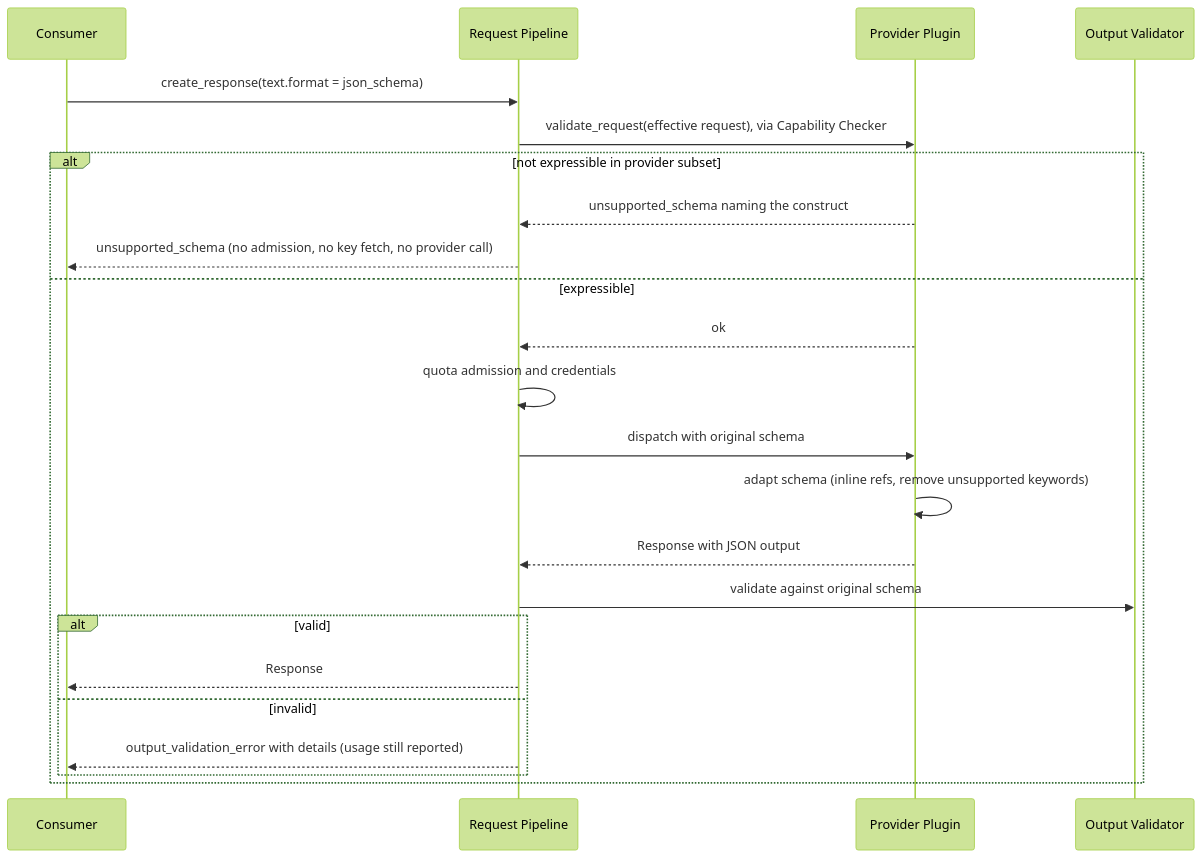
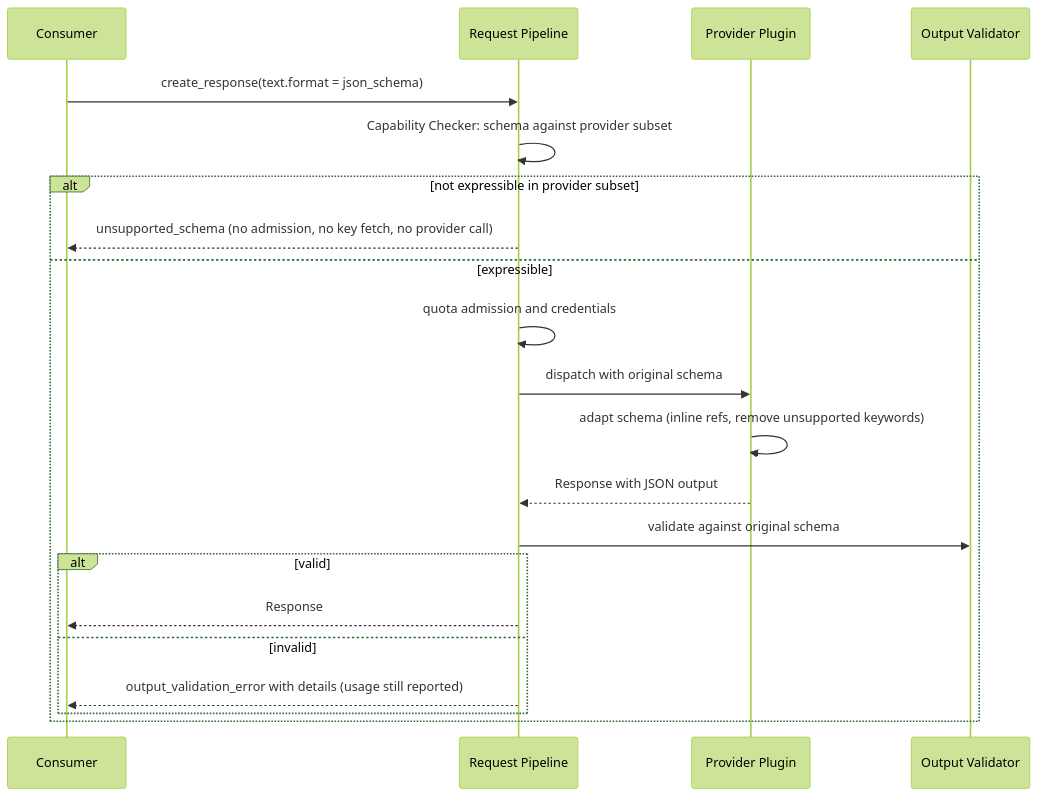
Before and after one commit to AndIConstructor/gears-rust: the eighth of 15 diagrams in gears/llm-gateway/docs/DESIGN.md, drawn with Mermaid (forest theme). The commit also changed other lines of this file, not shown here.

````diff
--- a/gears/llm-gateway/docs/DESIGN.md
+++ b/gears/llm-gateway/docs/DESIGN.md
@@ -993,25 +987,23 @@
 ```mermaid
 sequenceDiagram
     participant C as Consumer
     participant P as Request Pipeline
     participant PL as Provider Plugin
     participant OV as Output Validator
     C->>P: create_response(text.format = json_schema)
-    P->>PL: validate_request(effective request), via Capability Checker
+    P->>P: Capability Checker: schema against provider subset
     alt not expressible in provider subset
-        PL-->>P: unsupported_schema naming the construct
         P-->>C: unsupported_schema (no admission, no key fetch, no provider call)
     else expressible
-        PL-->>P: ok
         P->>P: quota admission and credentials
         P->>PL: dispatch with original schema
         PL->>PL: adapt schema (inline refs, remove unsupported keywords)
         PL-->>P: Response with JSON output
         P->>OV: validate against original schema
         alt valid
             P-->>C: Response
         else invalid
             P-->>C: output_validation_error with details (usage still reported)
         end
     end
 ```
````
